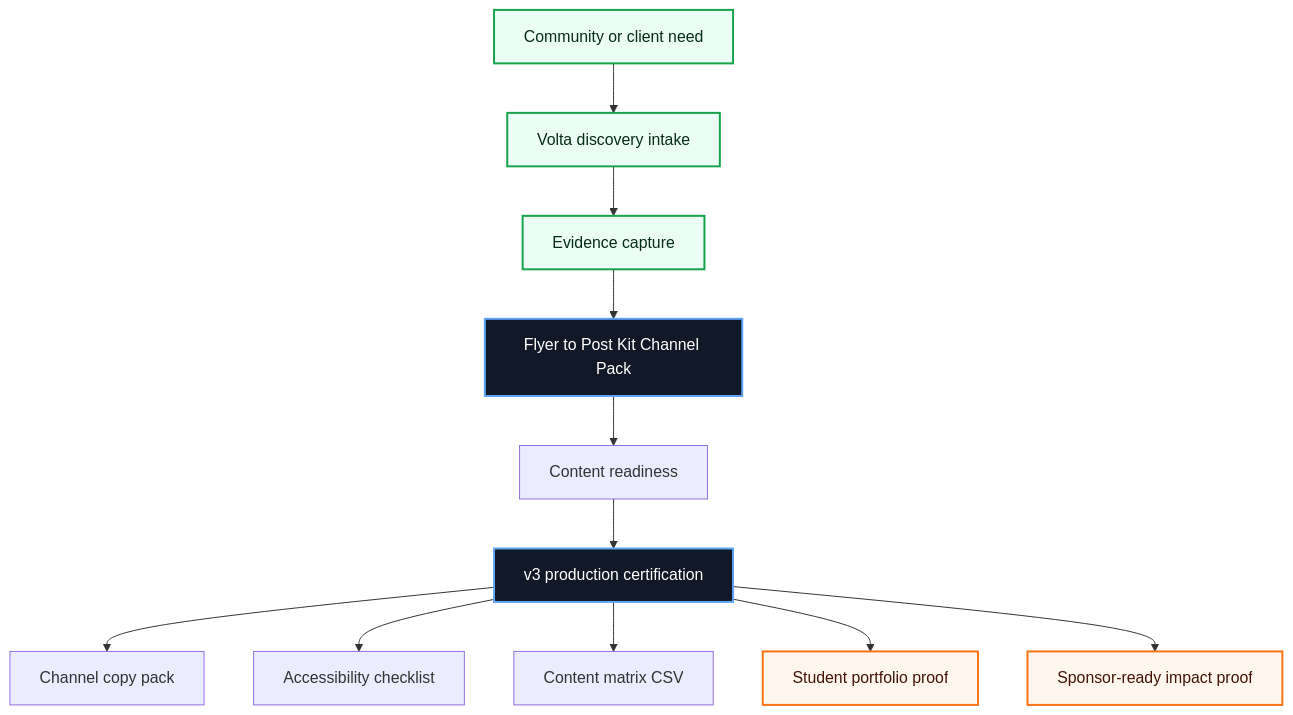
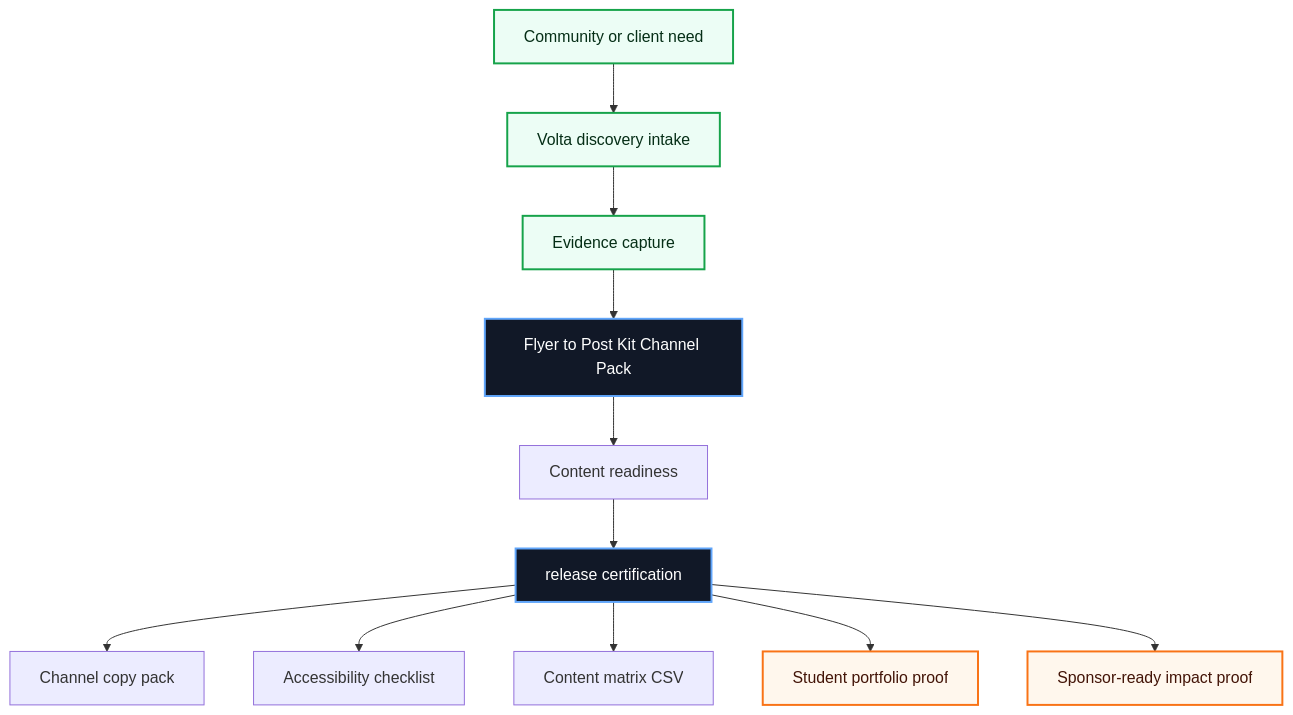
One commit to volta-npo/flyer-to-post-kit changed the first of 3 diagrams in README.md. Above: the diagram before and after it, drawn with Mermaid. The commit also changed other lines of this file and 28 other files, not shown here.

````diff
--- a/README.md
+++ b/README.md
@@ -43,20 +43,20 @@
 ```mermaid
 flowchart TD
     Need["Community or client need"] --> Intake["Volta discovery intake"]
     Intake --> Evidence["Evidence capture"]
     Evidence --> Workbench["Flyer to Post Kit Channel Pack"]
     Workbench --> Score["Content readiness"]
-    Score --> Cert["v3 production certification"]
+    Score --> Cert["release certification"]
     Cert --> A1["Channel copy pack"]
     Cert --> A2["Accessibility checklist"]
     Cert --> A3["Content matrix CSV"]
     Cert --> Student["Student portfolio proof"]
     Cert --> Sponsor["Sponsor-ready impact proof"]
 
     classDef volta fill:#111827,stroke:#60a5fa,color:#ffffff,stroke-width:2px;
     classDef equity fill:#ecfdf5,stroke:#16a34a,color:#052e16,stroke-width:2px;
     classDef proof fill:#fff7ed,stroke:#f97316,color:#431407,stroke-width:2px;
     class Workbench,Cert volta;
     class Need,Intake,Evidence equity;
     class Student,Sponsor proof;
 ```
````
